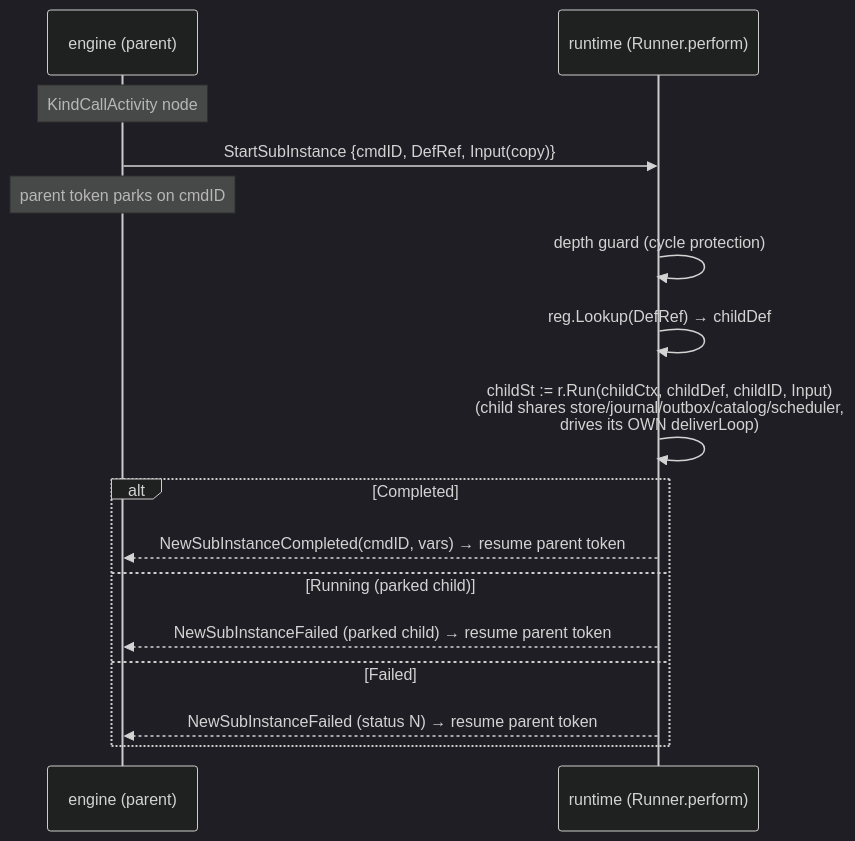
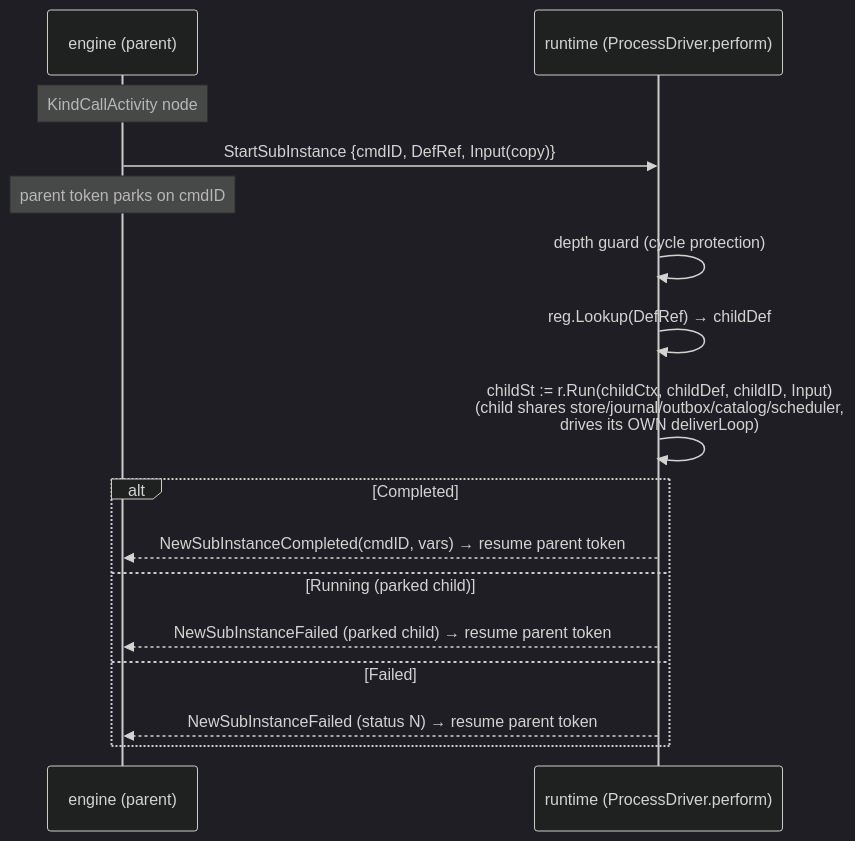
Before and after one commit to kartaladev/wrkflw: the sixth of 9 diagrams in INTERACTIONS.md, drawn with Mermaid (dark theme). The commit also changed other lines of this file and 40 other files, not shown here.

````diff
--- a/INTERACTIONS.md
+++ b/INTERACTIONS.md
@@ -384,19 +384,19 @@
 ```mermaid
 sequenceDiagram
     participant EP as engine (parent)
-    participant R as runtime (Runner.perform)
+    participant R as runtime (ProcessDriver.perform)
 
     Note over EP: KindCallActivity node
     EP->>R: StartSubInstance {cmdID, DefRef, Input(copy)}
     Note over EP: parent token parks on cmdID
     R->>R: depth guard (cycle protection)
     R->>R: reg.Lookup(DefRef) → childDef
     R->>R: childSt := r.Run(childCtx, childDef, childID, Input)<br/>(child shares store/journal/outbox/catalog/scheduler,<br/>drives its OWN deliverLoop)
     alt Completed
         R-->>EP: NewSubInstanceCompleted(cmdID, vars) → resume parent token
     else Running (parked child)
         R-->>EP: NewSubInstanceFailed (parked child) → resume parent token
     else Failed
         R-->>EP: NewSubInstanceFailed (status N) → resume parent token
     end
 ```
````
